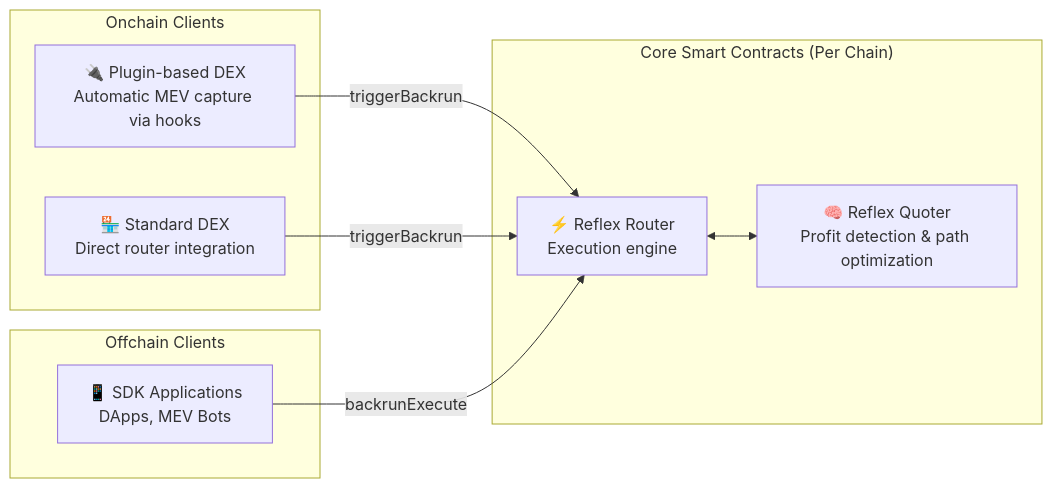
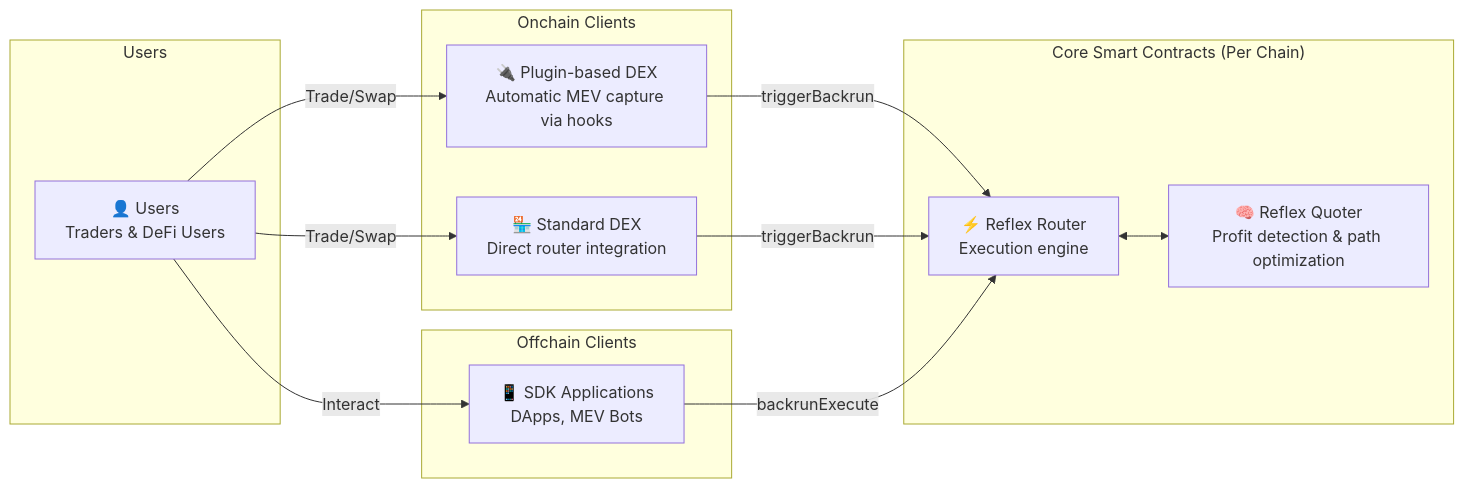
Before and after one commit to reflex-mev/reflex: the first of 9 diagrams in website/docs/technical/architecture/overview.md, drawn with Mermaid. The commit also changed other lines of this file, not shown here.

````diff
--- a/website/docs/technical/architecture/overview.md
+++ b/website/docs/technical/architecture/overview.md
@@ -17,22 +17,31 @@
 ```mermaid
 graph LR
+    subgraph "Users"
+        UserGroup[👤 Users<br/>Traders & DeFi Users]
+    end
+
     subgraph "Core Smart Contracts (Per Chain)"
         Router[⚡ Reflex Router<br/>Execution engine]
         Quoter[🧠 Reflex Quoter<br/>Profit detection & path optimization]
         Router <--> Quoter
     end
 
     subgraph "Onchain Clients"
         PluginDEX[🔌 Plugin-based DEX<br/>Automatic MEV capture via hooks]
         RegularDEX[🏪 Standard DEX<br/>Direct router integration]
     end
 
     subgraph "Offchain Clients"
         SDKApps[📱 SDK Applications<br/>DApps, MEV Bots]
     end
 
+    %% User transactions trigger MEV opportunities
+    UserGroup -->|Trade/Swap| PluginDEX
+    UserGroup -->|Trade/Swap| RegularDEX
+    UserGroup -->|Interact| SDKApps
+
     %% Client connections to core contracts
     PluginDEX -->|triggerBackrun| Router
     RegularDEX -->|triggerBackrun| Router
     SDKApps -->|backrunExecute| Router
 ```
````
